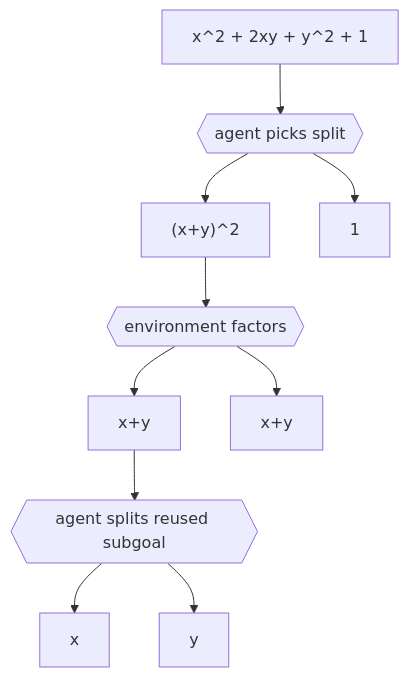
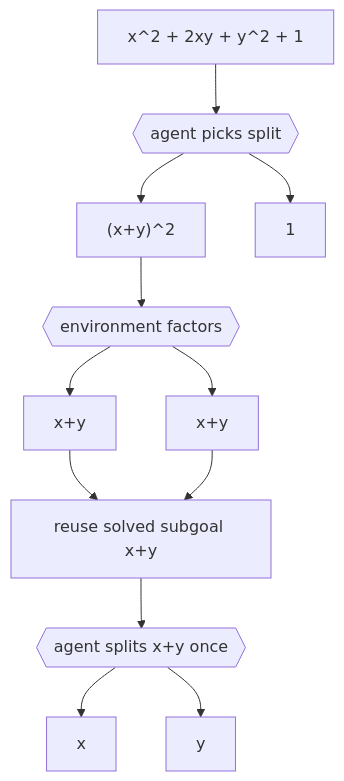
One commit to uw-math-ai/PolyArithmeticCircuitsRL changed the second of 2 diagrams in README.md. Above: the diagram before and after it, drawn with Mermaid.

Commit message:
docs: clarify split-point subgoal reuse diagram
Agent-Logs-Url: https://github.com/uw-math-ai/PolyArithmeticCircuitsRL/sessions/dae14eb3-8823-47ff-b1c9-b864d5a88c33

````diff
--- a/README.md
+++ b/README.md
@@ -141,12 +141,14 @@
 ```mermaid
 flowchart TD
     f2["x^2 + 2xy + y^2 + 1"] --> s2{{agent picks split}}
     s2 --> sq["(x+y)^2"]
     s2 --> one["1"]
     sq --> ef2{{environment factors}}
     ef2 --> sum1["x+y"]
     ef2 --> sum2["x+y"]
-    sum1 --> s3{{agent splits reused subgoal}}
+    sum1 --> reuse["reuse solved subgoal x+y"]
+    sum2 --> reuse
+    reuse --> s3{{agent splits x+y once}}
     s3 --> x["x"]
     s3 --> y["y"]
 ```
````
